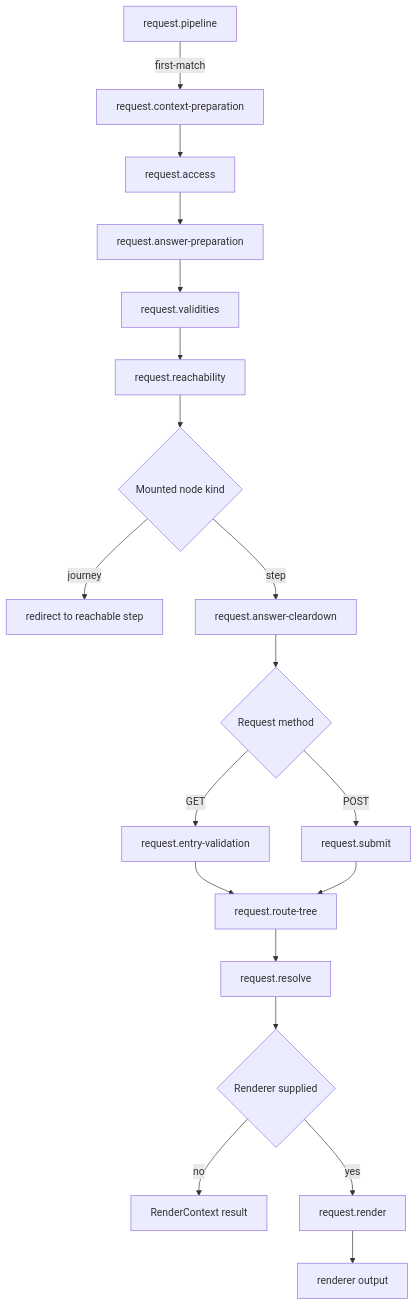
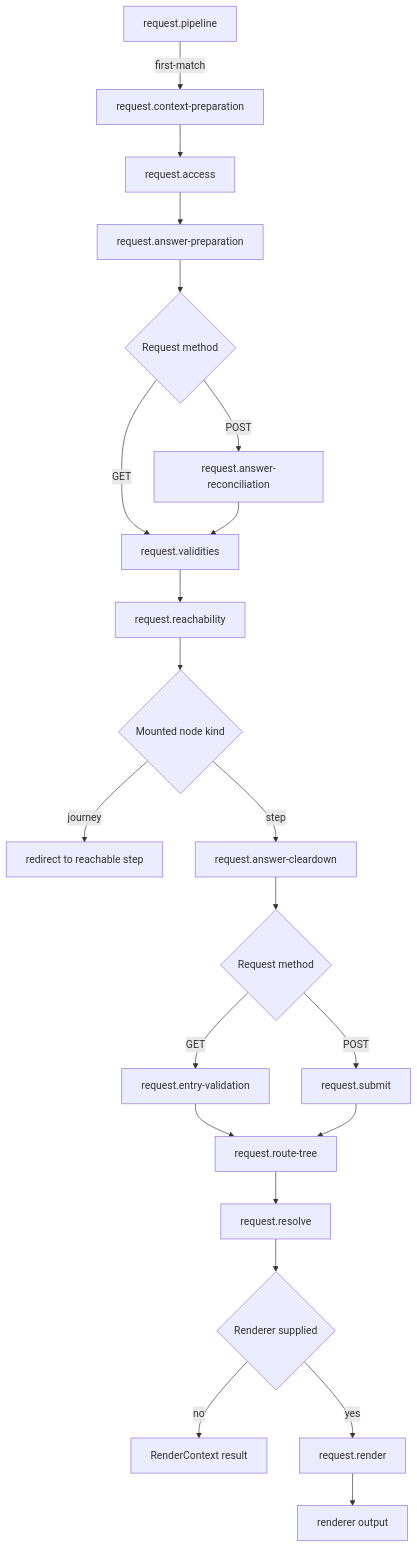
Before and after one commit to ministryofjustice/hmpps-forge: the second of 2 diagrams in packages/forge-core/src/engine/chassis/runtime/README.md, drawn with Mermaid. The commit also changed other lines of this file and 22 other files, not shown here.

````diff
--- a/packages/forge-core/src/engine/chassis/runtime/README.md
+++ b/packages/forge-core/src/engine/chassis/runtime/README.md
@@ -116,21 +116,24 @@
 ```mermaid
 flowchart TD
   pipeline["request.pipeline"] -->|"first-match"| contextPrep["request.context-preparation"]
   contextPrep --> access["request.access"]
   access --> answerPrep["request.answer-preparation"]
-  answerPrep --> validities["request.validities"]
+  answerPrep --> prepMethod{"Request method"}
+  prepMethod -->|"GET"| validities["request.validities"]
+  prepMethod -->|"POST"| reconcile["request.answer-reconciliation"]
+  reconcile --> validities
   validities --> reachability["request.reachability"]
   reachability --> nodeKind{"Mounted node kind"}
   nodeKind -->|"journey"| journeyRedirect["redirect to reachable step"]
   nodeKind -->|"step"| cleardown["request.answer-cleardown"]
   cleardown --> method{"Request method"}
   method -->|"GET"| entryValidation["request.entry-validation"]
   method -->|"POST"| submit["request.submit"]
   entryValidation --> routeTree["request.route-tree"]
   submit --> routeTree
   routeTree --> resolve["request.resolve"]
   resolve --> renderer{"Renderer supplied"}
   renderer -->|"no"| renderContext["RenderContext result"]
   renderer -->|"yes"| render["request.render"]
   render --> renderOutput["renderer output"]
 ```
````
